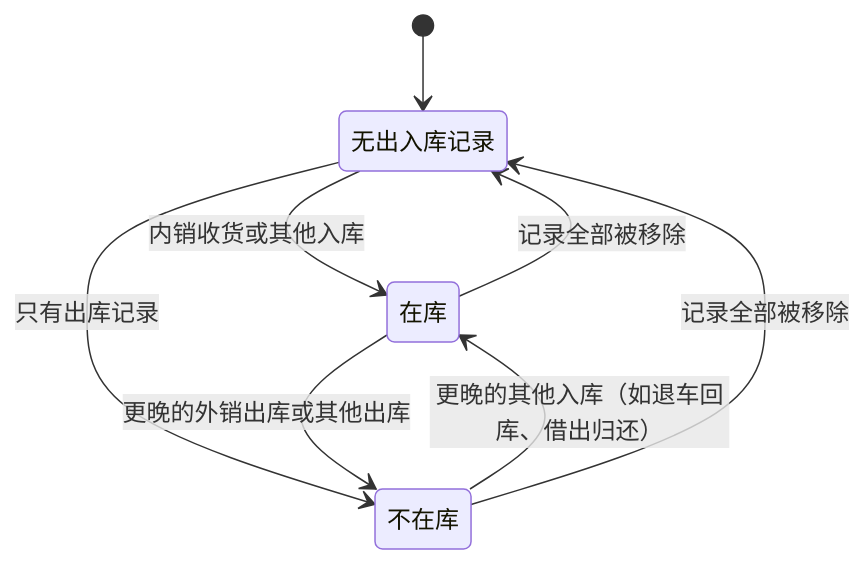
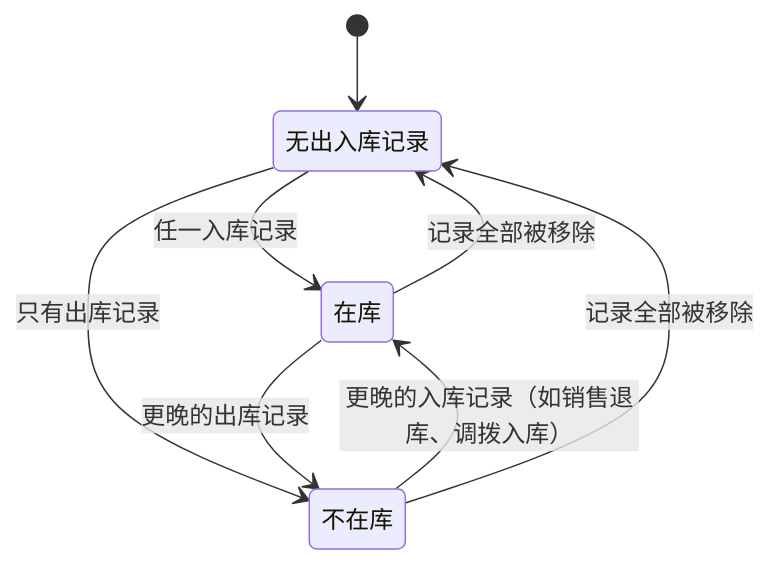
One commit to wxblockchain/Chain-Financing changed the fourth of 4 diagrams in asset-trust-platform/PRD/运营端/M5-车辆履约/02-车辆履约-流程图与状态机.md. Above: the diagram before and after it, drawn with Mermaid. The commit also changed other lines of this file and 3 other files, not shown here.

````diff
--- a/asset-trust-platform/PRD/运营端/M5-车辆履约/02-车辆履约-流程图与状态机.md
+++ b/asset-trust-platform/PRD/运营端/M5-车辆履约/02-车辆履约-流程图与状态机.md
@@ -100,10 +101,10 @@
 ```mermaid
 stateDiagram-v2
     [*] --> 无出入库记录
-    无出入库记录 --> 在库: 内销收货或其他入库
+    无出入库记录 --> 在库: 任一入库记录
     无出入库记录 --> 不在库: 只有出库记录
-    在库 --> 不在库: 更晚的外销出库或其他出库
-    不在库 --> 在库: 更晚的其他入库（如退车回库、借出归还）
+    在库 --> 不在库: 更晚的出库记录
+    不在库 --> 在库: 更晚的入库记录（如销售退库、调拨入库）
     在库 --> 无出入库记录: 记录全部被移除
     不在库 --> 无出入库记录: 记录全部被移除
 ```
````
